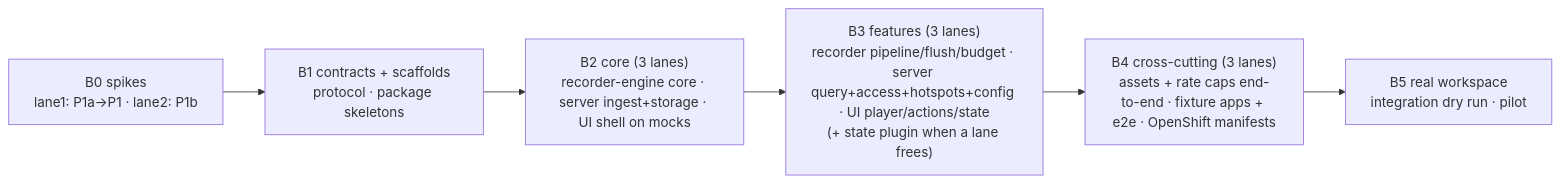
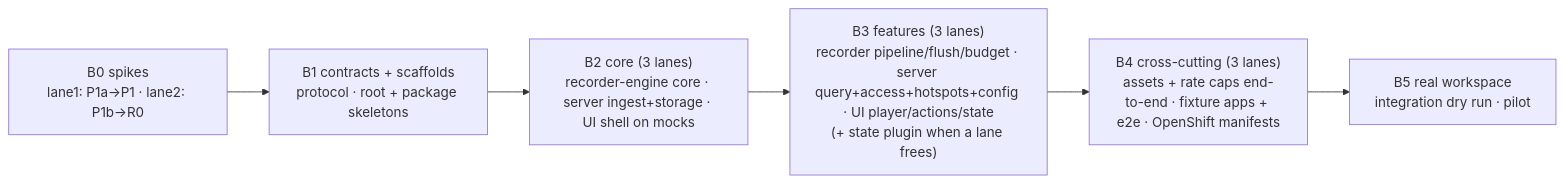
The second of 2 diagrams in plan/01-session-replay.md (akhilshastri/session-replay), drawn with Mermaid before and after one commit. The commit also changed other lines of this file and 9 other files, not shown here.

````diff
--- a/plan/01-session-replay.md
+++ b/plan/01-session-replay.md
@@ -401,8 +367,8 @@
 ```mermaid
 flowchart LR
-  B0["B0 spikes<br/>lane1: P1a→P1 · lane2: P1b"] --> B1["B1 contracts + scaffolds<br/>protocol · package skeletons"]
+  B0["B0 spikes<br/>lane1: P1a→P1 · lane2: P1b→R0"] --> B1["B1 contracts + scaffolds<br/>protocol · root + package skeletons"]
   B1 --> B2["B2 core (3 lanes)<br/>recorder-engine core · server ingest+storage · UI shell on mocks"]
   B2 --> B3["B3 features (3 lanes)<br/>recorder pipeline/flush/budget · server query+access+hotspots+config · UI player/actions/state<br/>(+ state plugin when a lane frees)"]
   B3 --> B4["B4 cross-cutting (3 lanes)<br/>assets + rate caps end-to-end · fixture apps + e2e · OpenShift manifests"]
   B4 --> B5["B5 real workspace<br/>integration dry run · pilot"]
 ```
````
